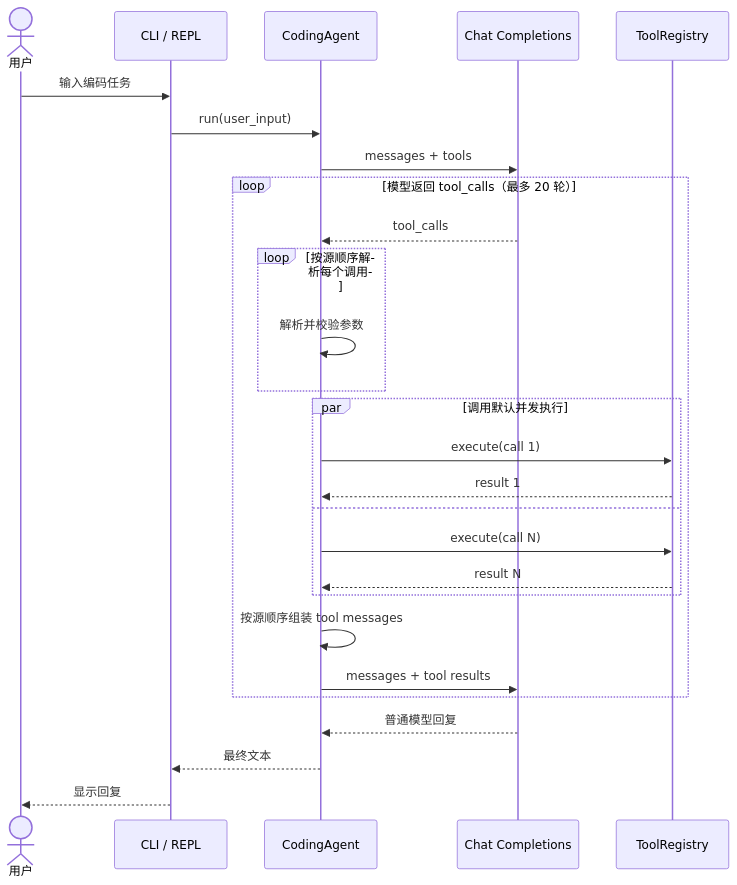
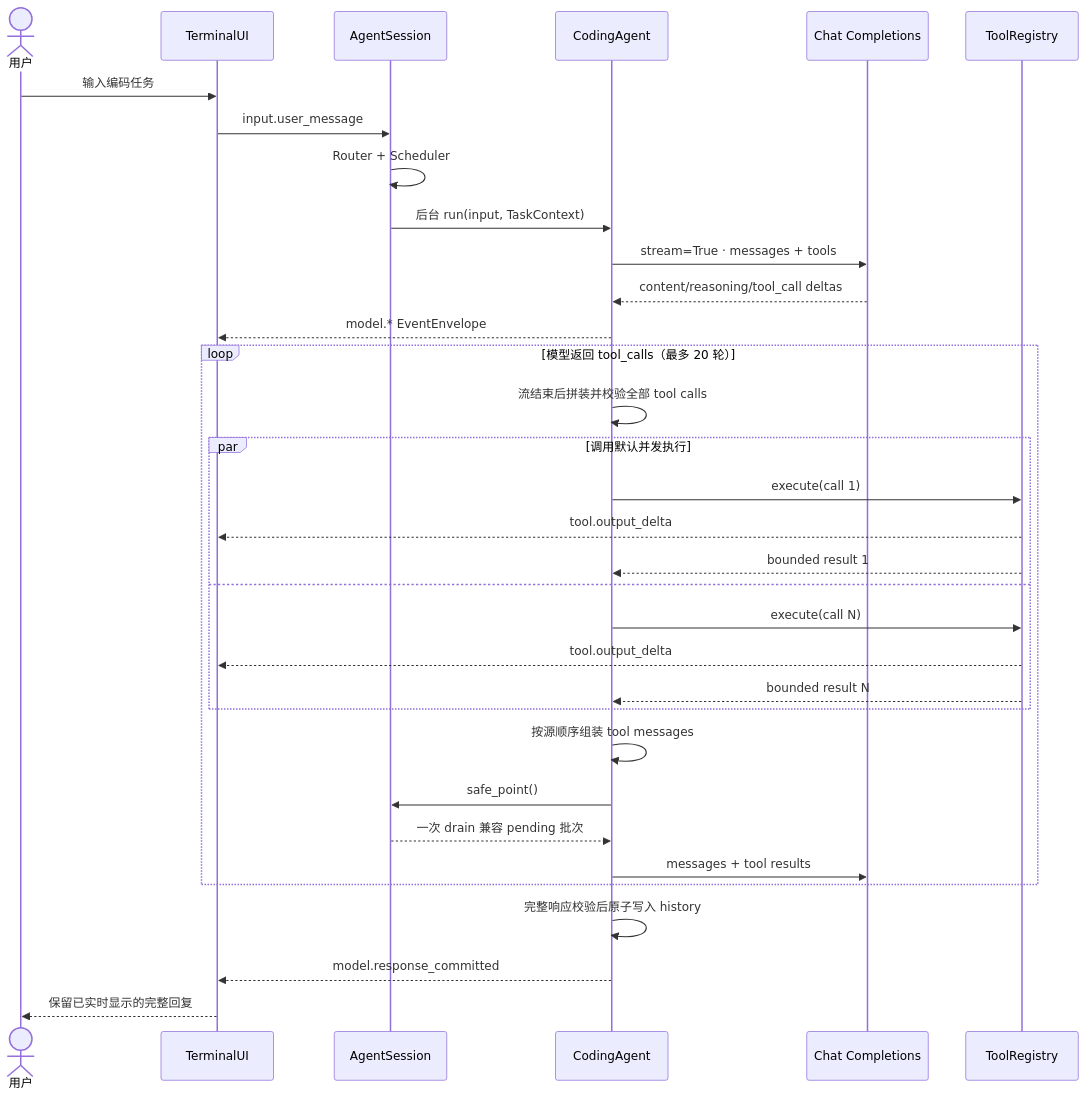
Before and after one commit to hxr223/laoHuangCode: the second of 2 diagrams in docs/architecture.md, drawn with Mermaid. The commit also changed other lines of this file and 24 other files, not shown here.

````diff
--- a/docs/architecture.md
+++ b/docs/architecture.md
@@ -82,32 +97,38 @@
 ```mermaid
 sequenceDiagram
     actor User as 用户
-    participant CLI as CLI / REPL
+    participant UI as TerminalUI
+    participant Session as AgentSession
     participant Agent as CodingAgent
     participant API as Chat Completions
     participant Tools as ToolRegistry
 
-    User->>CLI: 输入编码任务
-    CLI->>Agent: run(user_input)
-    Agent->>API: messages + tools
+    User->>UI: 输入编码任务
+    UI->>Session: input.user_message
+    Session->>Session: Router + Scheduler
+    Session->>Agent: 后台 run(input, TaskContext)
+    Agent->>API: stream=True · messages + tools
+    API-->>Agent: content/reasoning/tool_call deltas
+    Agent-->>UI: model.* EventEnvelope
 
     loop 模型返回 tool_calls（最多 20 轮）
-        API-->>Agent: tool_calls
-        loop 按源顺序解析每个调用
-            Agent->>Agent: 解析并校验参数
-        end
+        Agent->>Agent: 流结束后拼装并校验全部 tool calls
         par 调用默认并发执行
             Agent->>Tools: execute(call 1)
-            Tools-->>Agent: result 1
+            Tools-->>UI: tool.output_delta
+            Tools-->>Agent: bounded result 1
         and
             Agent->>Tools: execute(call N)
-            Tools-->>Agent: result N
+            Tools-->>UI: tool.output_delta
+            Tools-->>Agent: bounded result N
         end
         Agent->>Agent: 按源顺序组装 tool messages
+        Agent->>Session: safe_point()
+        Session-->>Agent: 一次 drain 兼容 pending 批次
         Agent->>API: messages + tool results
     end
 
-    API-->>Agent: 普通模型回复
-    Agent-->>CLI: 最终文本
-    CLI-->>User: 显示回复
+    Agent->>Agent: 完整响应校验后原子写入 history
+    Agent-->>UI: model.response_committed
+    UI-->>User: 保留已实时显示的完整回复
 ```
````
